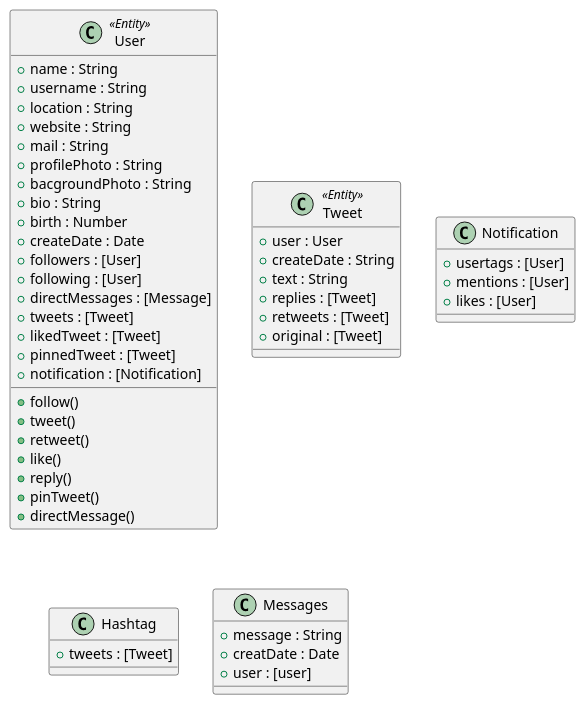
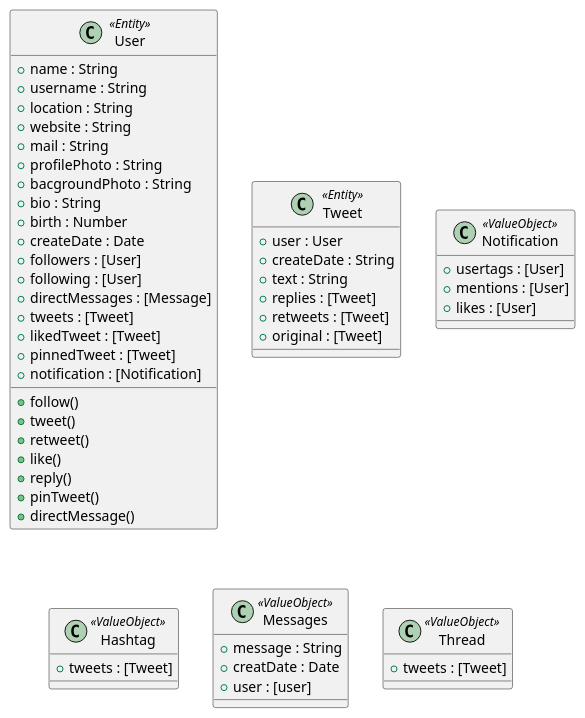
Before and after one commit to veyselusta/twitter: the diagram in class-diagram.puml, drawn with PlantUML.

Commit message:
Add Thread Class

```diff
--- a/class-diagram.puml
+++ b/class-diagram.puml
@@ -1,57 +1,63 @@
 @startuml "Class Diagram"
 
 class User <<Entity>> {
   + name : String
   + username : String
   + location : String
   + website : String
   + mail : String
   + profilePhoto : String
   + bacgroundPhoto : String
   + bio : String
   + birth : Number
   + createDate : Date
   + followers : [User]
   + following : [User]
   + directMessages : [Message]
   + tweets : [Tweet]
   + likedTweet : [Tweet]
   + pinnedTweet : [Tweet]
   + notification : [Notification]
 
   + follow()
   + tweet()
   + retweet()
   + like()
   + reply()
   + pinTweet()
   + directMessage()
 }
 
 class Tweet <<Entity>> {
   + user : User
   + createDate : String
   + text : String
   + replies : [Tweet]
   + retweets : [Tweet]
   + original : [Tweet]
 }
 
-Class Notification  {
+Class Notification <<ValueObject>>  {
   + usertags : [User]
   + mentions : [User]
   + likes : [User]
 }
 
-class Hashtag {
+class Hashtag <<ValueObject>> {
   + tweets : [Tweet]
 }
 
-class Messages {
+class Messages <<ValueObject>> {
   + message : String
   + creatDate : Date
   + user : [user]
 }
 
+class Thread <<ValueObject>> {
+  + tweets : [Tweet]
+}
+
+
+
 
 @enduml
```
